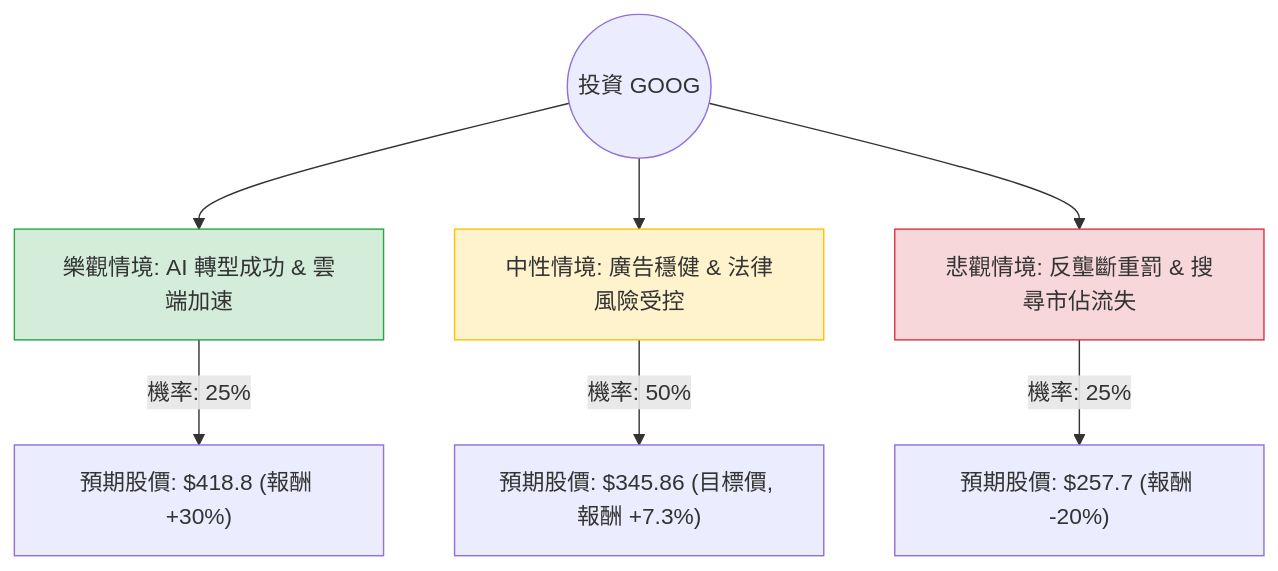
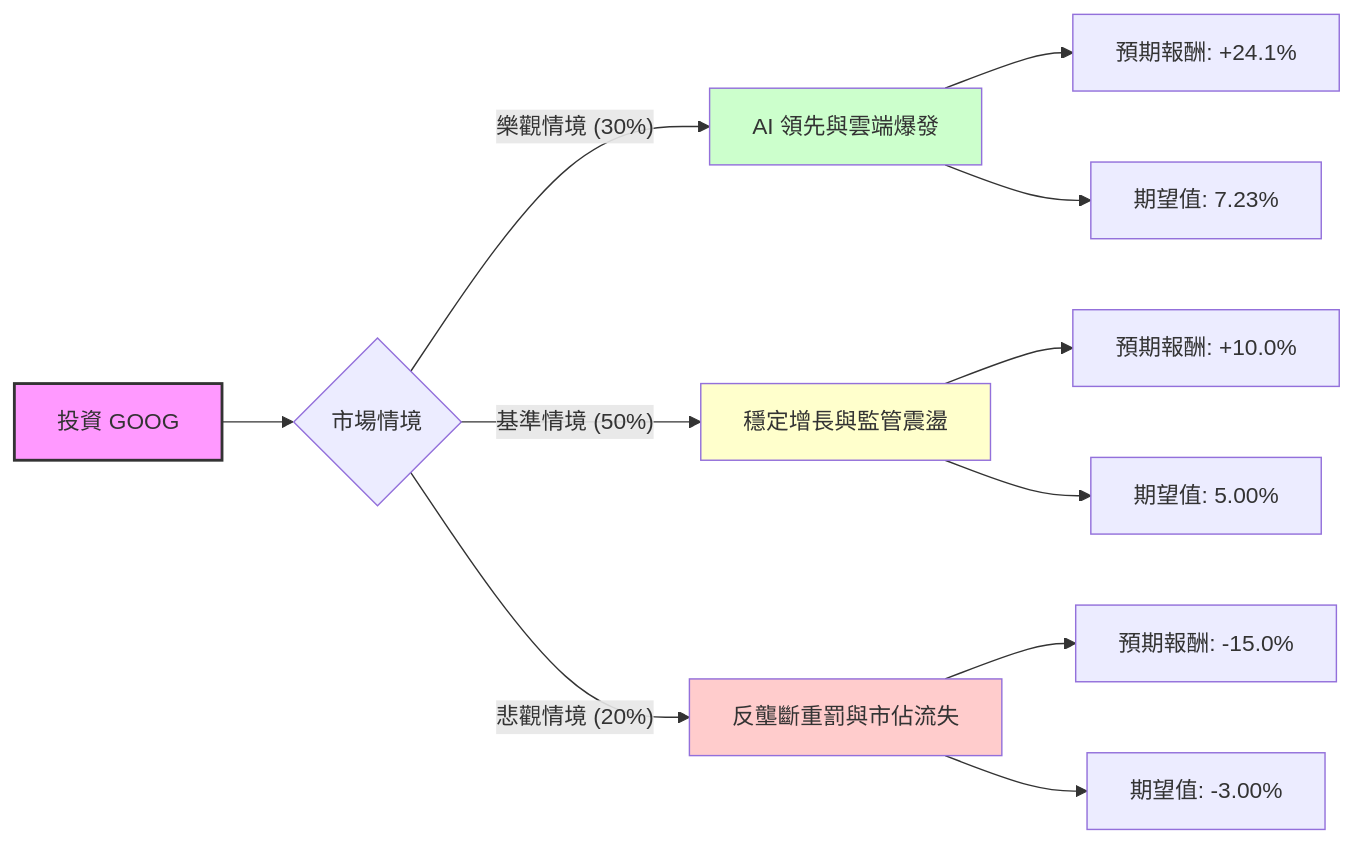
The diagram in plugin-react/ai-analysis/ev-analysis/GOOG.md (zmcx16/zmcx16.github.io), drawn with Mermaid before and after one commit. The commit also changed other lines of this file and 50 other files, not shown here.

````diff
--- a/plugin-react/ai-analysis/ev-analysis/GOOG.md
+++ b/plugin-react/ai-analysis/ev-analysis/GOOG.md
@@ -20,14 +24,21 @@
 ```mermaid
-graph TD
-    Start((投資 GOOG)) --> Bull[樂觀情境: AI 轉型成功 & 雲端加速]
-    Start --> Base[中性情境: 廣告穩健 & 法律風險受控]
-    Start --> Bear[悲觀情境: 反壟斷重罰 & 搜尋市佔流失]
+graph LR
+    A[投資 GOOG] --> B{市場情境}
+    
+    B -- 樂觀情境 (30%) --> C[AI 領先與雲端爆發]
+    C --> C1[預期報酬: +24.1%]
+    C --> C2[期望值: 7.23%]
 
-    Bull -- "機率: 25%" --> BullVal["預期股價: $418.8 (報酬 +30%)"]
-    Base -- "機率: 50%" --> BaseVal["預期股價: $345.86 (目標價, 報酬 +7.3%)"]
-    Bear -- "機率: 25%" --> BearVal["預期股價: $257.7 (報酬 -20%)"]
+    B -- 基準情境 (50%) --> D[穩定增長與監管震盪]
+    D --> D1[預期報酬: +10.0%]
+    D --> D2[期望值: 5.00%]
 
-    style Bull fill:#d4edda,stroke:#28a745
-    style Base fill:#fff3cd,stroke:#ffc107
-    style Bear fill:#f8d7da,stroke:#dc3545
+    B -- 悲觀情境 (20%) --> E[反壟斷重罰與市佔流失]
+    E --> E1[預期報酬: -15.0%]
+    E --> E2[期望值: -3.00%]
+
+    style A fill:#f9f,stroke:#333,stroke-width:2px
+    style C fill:#ccffcc
+    style D fill:#ffffcc
+    style E fill:#ffcccc
 ```
````
